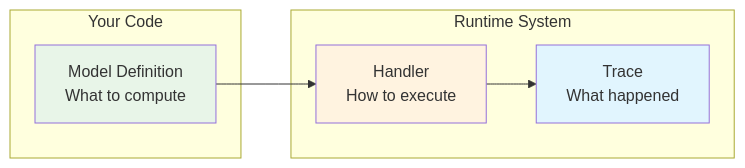
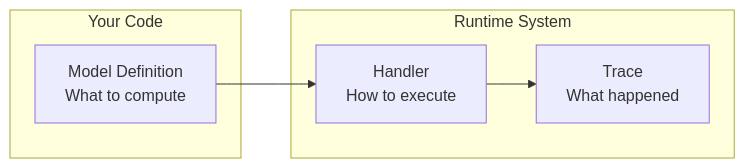
Before and after one commit to alexnodeland/fugue: the first of 2 diagrams in docs/src/getting-started/understanding-models.md, drawn with Mermaid. The commit also changed other lines of this file and 9 other files, not shown here.

````diff
--- a/docs/src/getting-started/understanding-models.md
+++ b/docs/src/getting-started/understanding-models.md
@@ -21,18 +21,14 @@
 ```mermaid
 graph LR
     subgraph "Your Code"
         M[Model Definition<br/>What to compute]
     end
     
     subgraph "Runtime System"  
         H[Handler<br/>How to execute]
         T[Trace<br/>What happened]
     end
     
     M --> H
     H --> T
-    
-    style M fill:#e8f5e8
-    style H fill:#fff3e0  
-    style T fill:#e1f5fe
 ```
````
